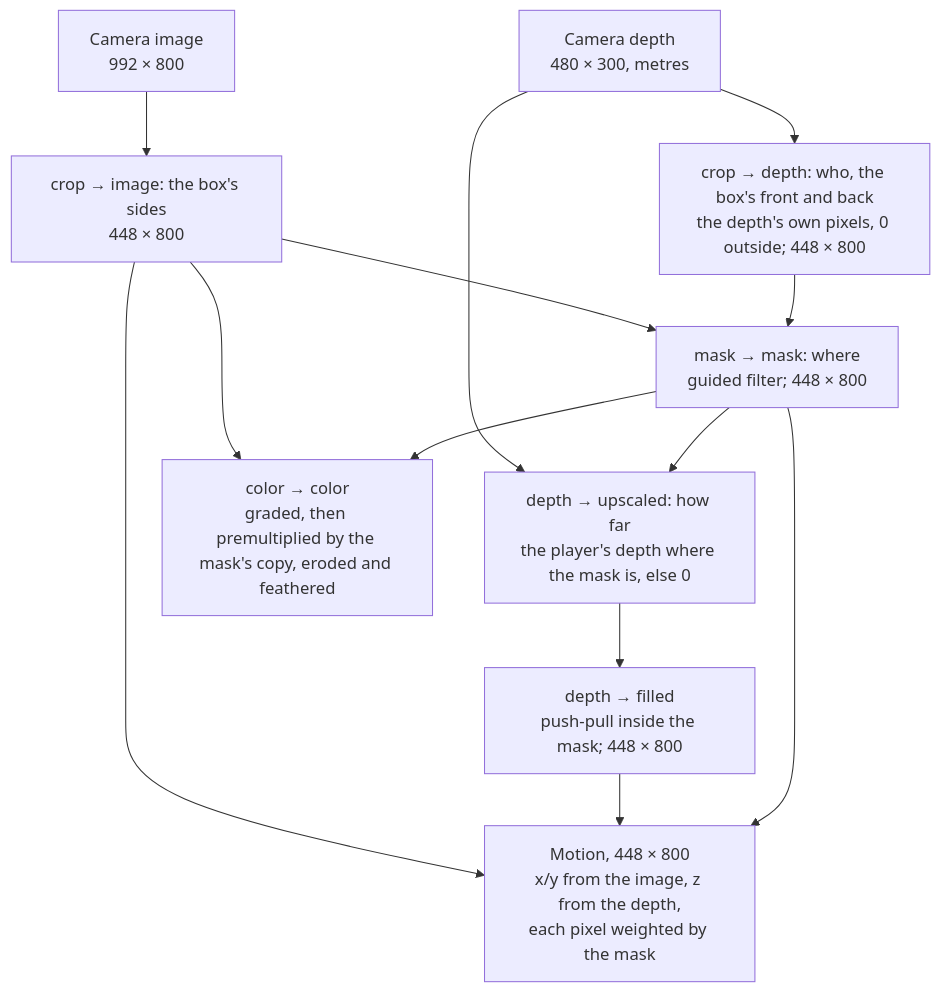
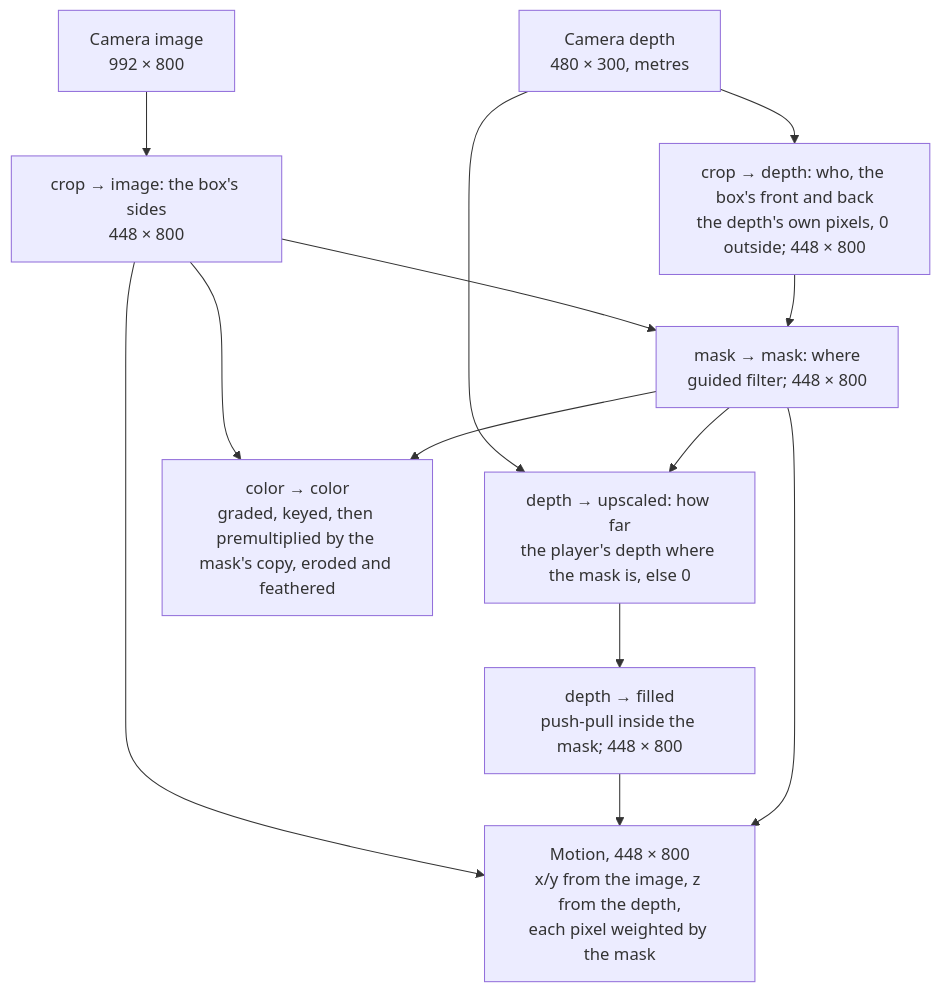
One commit to moostrik/Poser2 changed the diagram in modules/flow/VIEW.md. Above: the diagram before and after it, drawn with Mermaid. The commit also changed other lines of this file and 43 other files, not shown here.

````diff
--- a/modules/flow/VIEW.md
+++ b/modules/flow/VIEW.md
@@ -33,23 +33,23 @@
 ```mermaid
 flowchart TB
   I["Camera image<br/>992 × 800"]
   D["Camera depth<br/>480 × 300, metres"]
   C["crop → image: the box's sides<br/>448 × 800"]
   K["crop → depth: who, the box's front and back<br/>the depth's own pixels, 0 outside; 448 × 800"]
   M["mask → mask: where<br/>guided filter; 448 × 800"]
   R["depth → upscaled: how far<br/>the player's depth where the mask is, else 0"]
   F["depth → filled<br/>push-pull inside the mask; 448 × 800"]
-  G["color → color<br/>graded, then premultiplied by the mask's copy, eroded and feathered"]
+  G["color → color<br/>graded, keyed, then premultiplied by the mask's copy, eroded and feathered"]
   MO["Motion, 448 × 800<br/>x/y from the image, z from the depth,<br/>each pixel weighted by the mask"]
   I --> C
   D --> K
   C --> M
   K --> M
   D --> R
   M --> R --> F
   C --> G
   M --> G
   C --> MO
   F --> MO
   M --> MO
 ```
````
